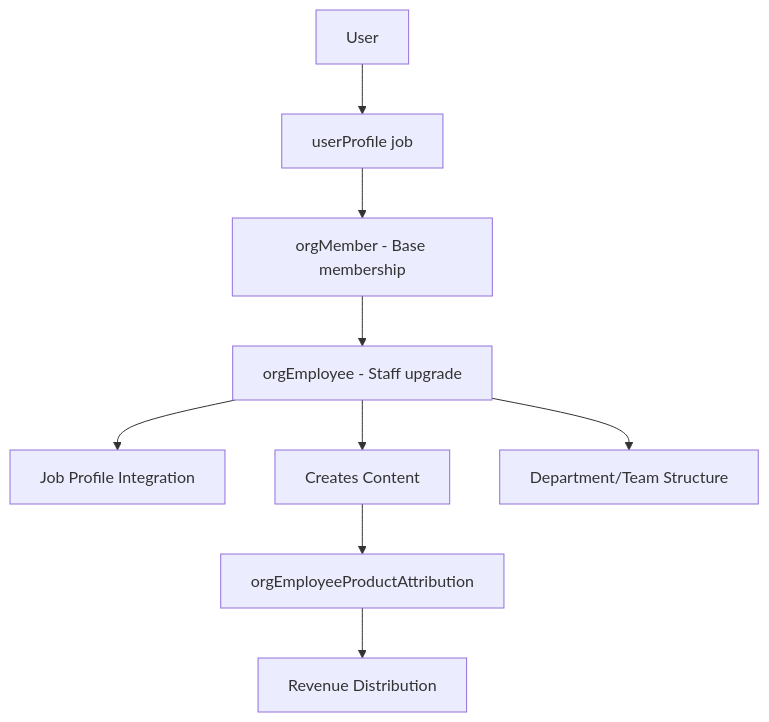
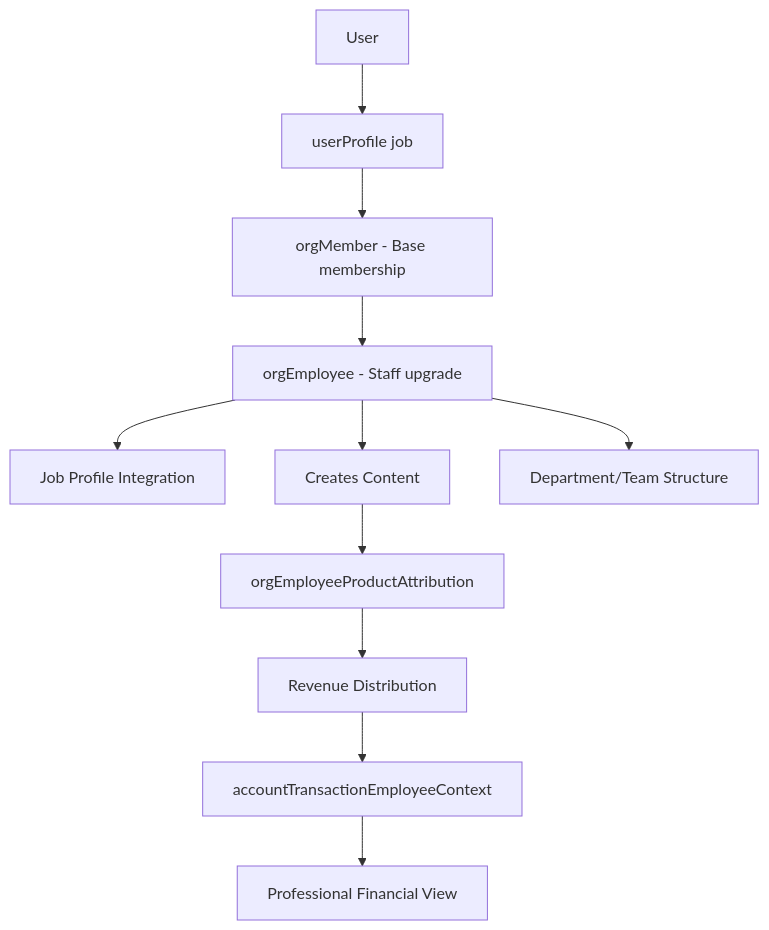
The second of 5 diagrams in apps/volmify/src/server/libs/db/schema/README.md (DreamEcho100/maze), drawn with Mermaid before and after one commit. The commit also changed other lines of this file and 4 other files, not shown here.

Commit message:
feat: Update Volmify database schema and relations for enhanced financial context and user management

````diff
--- a/apps/volmify/src/server/libs/db/schema/README.md
+++ b/apps/volmify/src/server/libs/db/schema/README.md
@@ -277,11 +326,13 @@
 ```mermaid
 graph TD
     A[User] --> B[userProfile job]
     B --> C[orgMember - Base membership]
     C --> D[orgEmployee - Staff upgrade]
     D --> E[Job Profile Integration]
     D --> F[Creates Content]
     F --> G[orgEmployeeProductAttribution]
     G --> H[Revenue Distribution]
-    D --> I[Department/Team Structure]
+    H --> I[accountTransactionEmployeeContext]
+    I --> J[Professional Financial View]
+    D --> K[Department/Team Structure]
 ```
````
